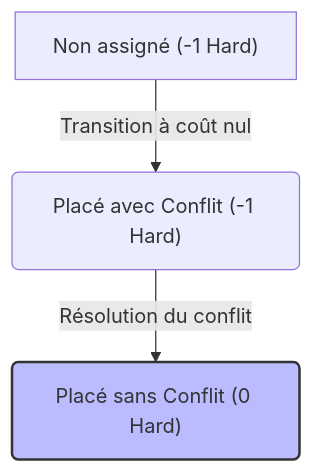
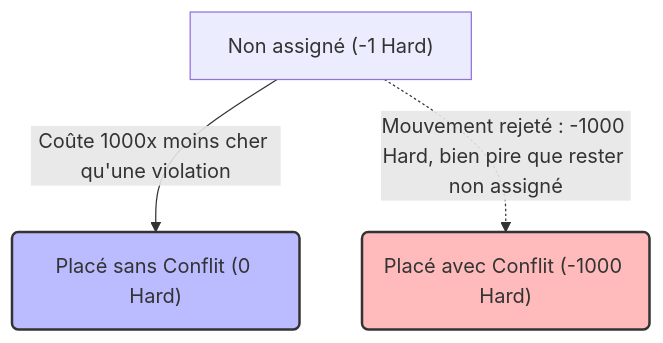
Before and after one commit to yuntux/klepsydrix: the sixth of 6 diagrams in architecture.md, drawn with Mermaid. The commit also changed other lines of this file and 26 other files, not shown here.

````diff
--- a/architecture.md
+++ b/architecture.md
@@ -932,10 +932,12 @@
 ```mermaid
 graph TD
     classDef state fill:#f9f,stroke:#333,stroke-width:2px;
     classDef good fill:#bbf,stroke:#333,stroke-width:2px;
-    
-    A["Non assigné (-1 Hard)"] -->|Transition à coût nul| B("Placé avec Conflit (-1 Hard)")
-    B -->|Résolution du conflit| C("Placé sans Conflit (0 Hard)")
-    
+    classDef bad fill:#fbb,stroke:#333,stroke-width:2px;
+
+    A["Non assigné (-1 Hard)"] -->|Coûte 1000x moins cher qu'une violation| C("Placé sans Conflit (0 Hard)")
+    A -.->|Mouvement rejeté : -1000 Hard, bien pire que rester non assigné| B("Placé avec Conflit (-1000 Hard)")
+
     class C good;
+    class B bad;
 ```
````
